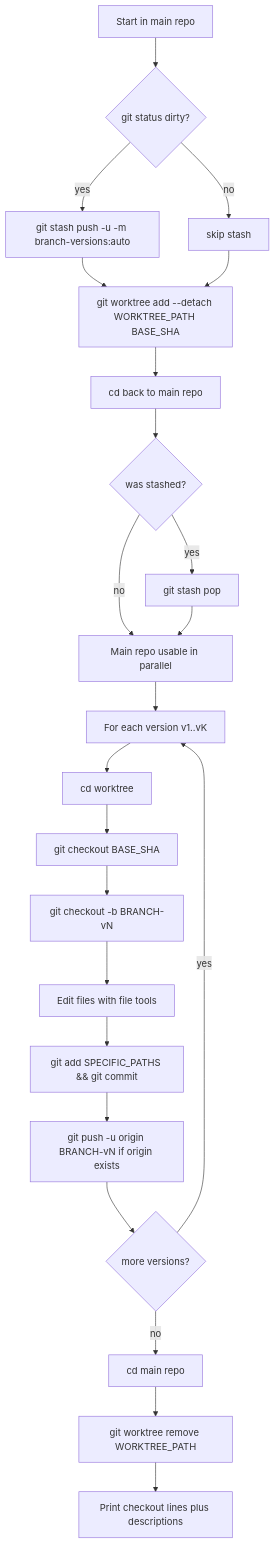
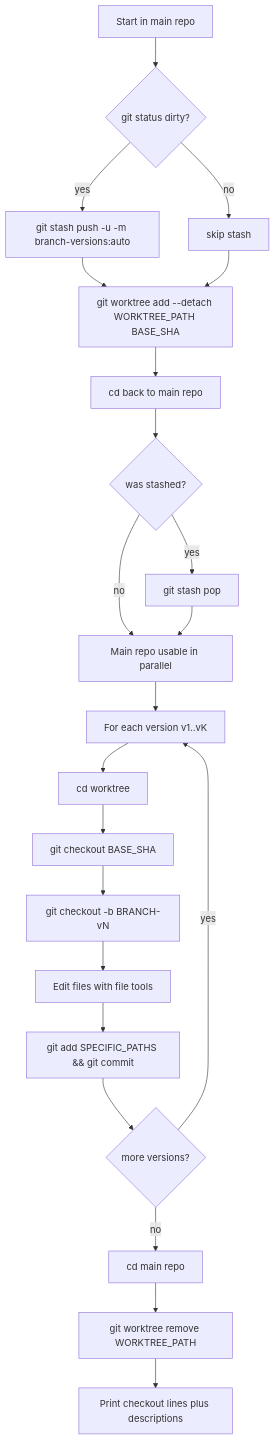
The diagram in .claude/skills/branch-versions/SKILL.md (vechain/vebetterdao), drawn with Mermaid before and after one commit. The commit also changed other lines of this file, not shown here.

````diff
--- a/.claude/skills/branch-versions/SKILL.md
+++ b/.claude/skills/branch-versions/SKILL.md
@@ -26,25 +26,24 @@
 ```mermaid
 flowchart TD
   start[Start in main repo] --> stashCheck{git status dirty?}
   stashCheck -->|yes| doStash["git stash push -u -m branch-versions:auto"]
   stashCheck -->|no| skipStash[skip stash]
   doStash --> mkWt["git worktree add --detach WORKTREE_PATH BASE_SHA"]
   skipStash --> mkWt
   mkWt --> cdMain[cd back to main repo]
   cdMain --> popCheck{was stashed?}
   popCheck -->|yes| doPop[git stash pop]
   popCheck -->|no| mainReady[Main repo usable in parallel]
   doPop --> mainReady
   mainReady --> versionsLoop[For each version v1..vK]
   versionsLoop --> cdWt[cd worktree]
   cdWt --> resetBase["git checkout BASE_SHA"]
   resetBase --> newBranch["git checkout -b BRANCH-vN"]
   newBranch --> editFiles[Edit files with file tools]
   editFiles --> commitFiles["git add SPECIFIC_PATHS && git commit"]
-  commitFiles --> pushFiles["git push -u origin BRANCH-vN if origin exists"]
-  pushFiles --> moreVersions{more versions?}
+  commitFiles --> moreVersions{more versions?}
   moreVersions -->|yes| versionsLoop
   moreVersions -->|no| cdMainAgain[cd main repo]
   cdMainAgain --> removeWt["git worktree remove WORKTREE_PATH"]
   removeWt --> reportOut[Print checkout lines plus descriptions]
 ```
````
